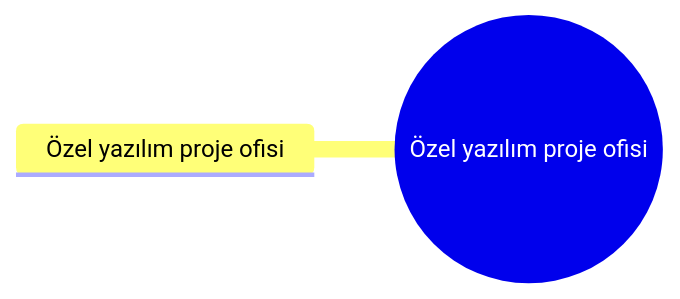
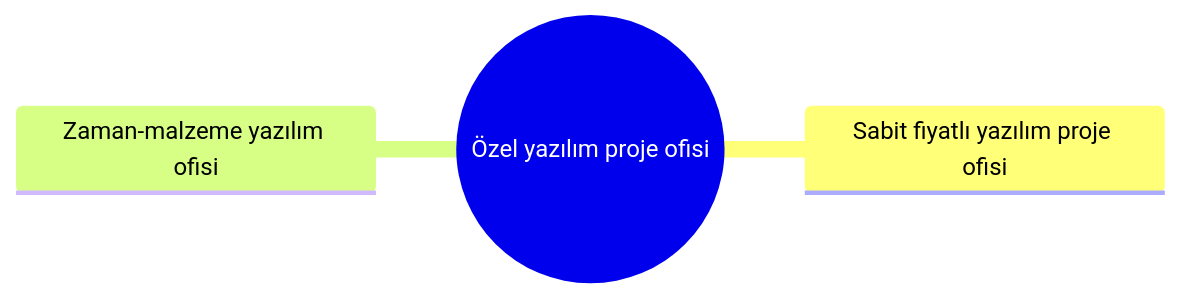
Before and after one commit to sametkarabulut-dev/xfuturepos-v2: the diagram in 02 İşletmeler/15 Teknoloji Medya & Ajans/Özel yazılım proje ofisi/Dal – Özel yazılım proje ofisi.md, drawn with Mermaid. The commit also changed other lines of this file and 241 other files, not shown here.

````diff
--- a/02 İşletmeler/15 Teknoloji Medya & Ajans/Özel yazılım proje ofisi/Dal – Özel yazılım proje ofisi.md
+++ b/02 İşletmeler/15 Teknoloji Medya & Ajans/Özel yazılım proje ofisi/Dal – Özel yazılım proje ofisi.md
@@ -22,5 +23,6 @@
 ```mermaid
 mindmap
   root((Özel yazılım proje ofisi))
-    Özel yazılım proje ofisi
+    Sabit fiyatlı yazılım proje ofisi
+    Zaman-malzeme yazılım ofisi
 ```
````
